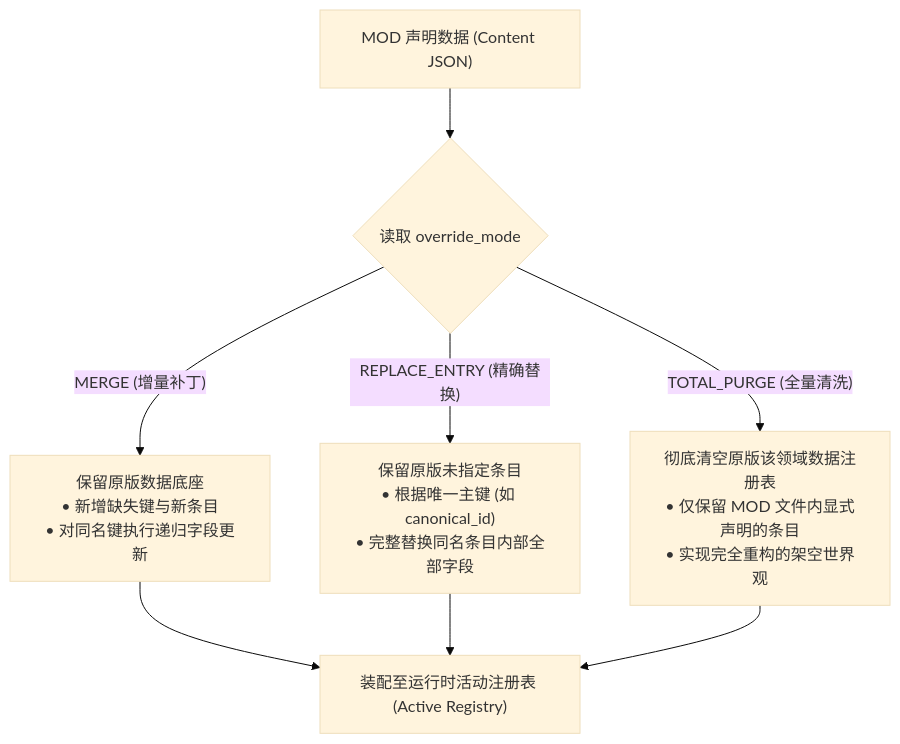
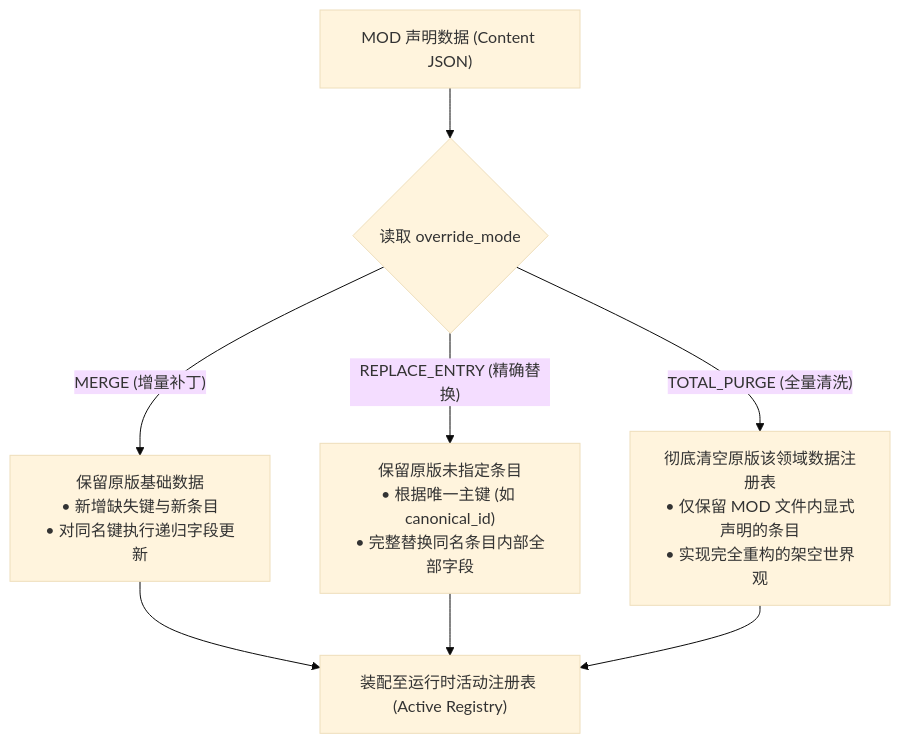
One commit to guilingzhouyi-creator/vscode-extensions changed the diagram in WebGames/mod_sdk/docs/TOTAL_CONVERSION_SPEC.md. Above: the diagram before and after it, drawn with Mermaid (base theme). The commit also changed 20 other files, not shown here.

````diff
--- a/WebGames/mod_sdk/docs/TOTAL_CONVERSION_SPEC.md
+++ b/WebGames/mod_sdk/docs/TOTAL_CONVERSION_SPEC.md
@@ -39,12 +39,12 @@
 ```mermaid
 flowchart TD
     ModData["MOD 声明数据 (Content JSON)"] --> ModeSelect{"读取 override_mode"}
 
-    ModeSelect -- MERGE (增量补丁) --> M1["保留原版数据底座<br/>• 新增缺失键与新条目<br/>• 对同名键执行递归字段更新"]
+    ModeSelect -- MERGE (增量补丁) --> M1["保留原版基础数据<br/>• 新增缺失键与新条目<br/>• 对同名键执行递归字段更新"]
     ModeSelect -- REPLACE_ENTRY (精确替换) --> M2["保留原版未指定条目<br/>• 根据唯一主键 (如 canonical_id)<br/>• 完整替换同名条目内部全部字段"]
     ModeSelect -- TOTAL_PURGE (全量清洗) --> M3["彻底清空原版该领域数据注册表<br/>• 仅保留 MOD 文件内显式声明的条目<br/>• 实现完全重构的架空世界观"]
 
     M1 --> Assembly["装配至运行时活动注册表 (Active Registry)"]
     M2 --> Assembly
     M3 --> Assembly
 ```
````
